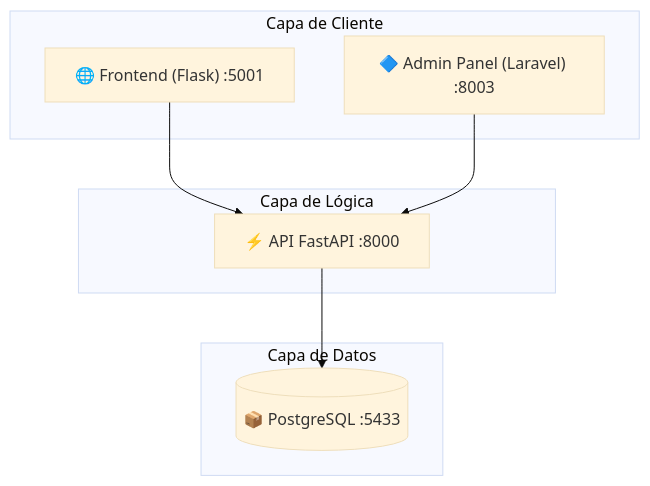
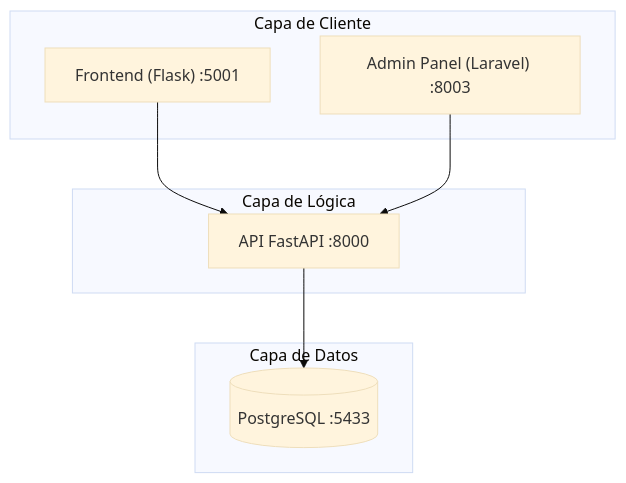
One commit to DnielCC/Macuin changed the diagram in README.md. Above: the diagram before and after it, drawn with Mermaid (base theme). The commit also changed other lines of this file, not shown here.

````diff
--- a/README.md
+++ b/README.md
@@ -11,19 +5,19 @@
 ```mermaid
 graph TD
     subgraph Client_Layer [Capa de Cliente]
-        Flask["🌐 Frontend (Flask) :5001"]
-        Laravel["🔷 Admin Panel (Laravel) :8003"]
+        Flask["Frontend (Flask) :5001"]
+        Laravel["Admin Panel (Laravel) :8003"]
     end
 
     subgraph Logic_Layer [Capa de Lógica]
-        API["⚡ API FastAPI :8000"]
+        API["API FastAPI :8000"]
     end
 
     subgraph Data_Layer [Capa de Datos]
-        DB[("📦 PostgreSQL :5433")]
+        DB[("PostgreSQL :5433")]
     end
 
     Flask --> API
     Laravel --> API
     API --> DB
 ```
````
